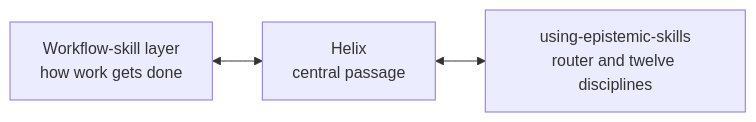
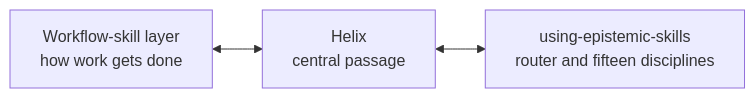
The first of 2 diagrams in README.md (ZMS-Labs/epistemic-skills), drawn with Mermaid before and after one commit. The commit also changed other lines of this file and 25 other files, not shown here.

````diff
--- a/README.md
+++ b/README.md
@@ -105,5 +105,5 @@
 ```mermaid
 flowchart LR
     W["Workflow-skill layer<br/>how work gets done"] <--> H["Helix<br/>central passage"]
-    H <--> E["using-epistemic-skills<br/>router and twelve disciplines"]
+    H <--> E["using-epistemic-skills<br/>router and fifteen disciplines"]
 ```
````
